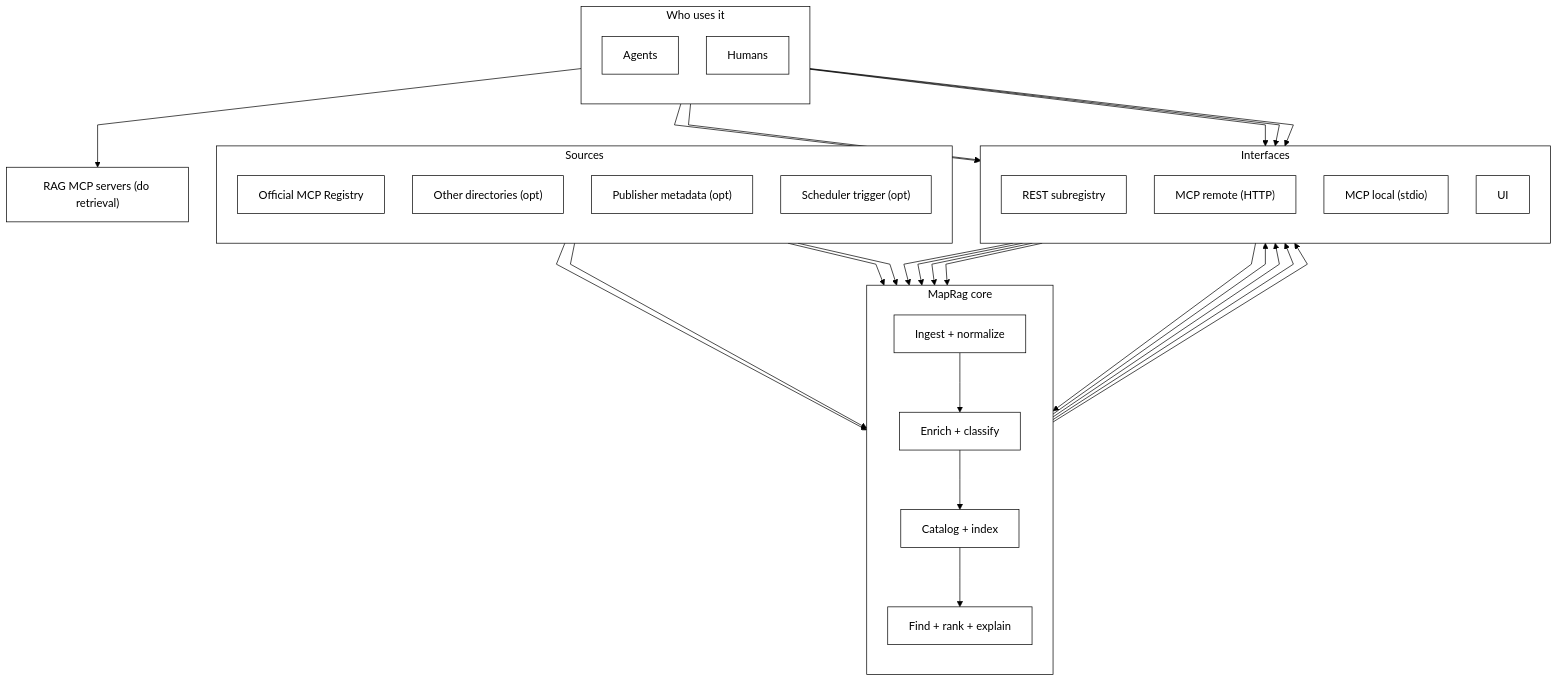
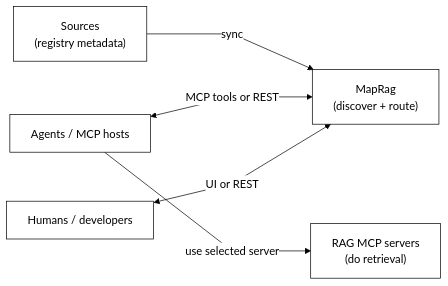
One commit to khalidsaidi/ragmap changed the diagram in docs/diagrams/ragmap-architecture.mmd. Above: the diagram before and after it, drawn with Mermaid. The commit also changed 2 other files, not shown here.

Commit message:
Simplify concept diagram

```diff
--- a/docs/diagrams/ragmap-architecture.mmd
+++ b/docs/diagrams/ragmap-architecture.mmd
@@ -1,58 +1,16 @@
-%%{init: {"theme":"base","themeVariables":{"primaryColor":"#ffffff","primaryTextColor":"#000000","primaryBorderColor":"#000000","lineColor":"#000000","secondaryColor":"#ffffff","tertiaryColor":"#ffffff","clusterBkg":"#ffffff","clusterBorder":"#000000","edgeLabelBackground":"#ffffff"},"flowchart":{"curve":"linear","nodeSpacing":40,"rankSpacing":60}}}%%
-flowchart TD
+%%{init: {"theme":"base","themeVariables":{"primaryColor":"#ffffff","primaryTextColor":"#000000","primaryBorderColor":"#000000","lineColor":"#000000","secondaryColor":"#ffffff","tertiaryColor":"#ffffff","clusterBkg":"#ffffff","clusterBorder":"#000000","edgeLabelBackground":"#ffffff"},"flowchart":{"curve":"linear","nodeSpacing":70,"rankSpacing":90}}}%%
+flowchart LR
   %% Concept-only diagram (no deployment, framework, or datastore details)
 
-  subgraph S["Sources"]
-    direction TB
-    Upstream["Official MCP Registry"]:::mono
-    Other["Other directories (opt)"]:::mono
-    Publisher["Publisher metadata (opt)"]:::mono
-    Scheduler["Scheduler trigger (opt)"]:::mono
-  end
+  classDef mono fill:#ffffff,stroke:#000000,color:#000000,stroke-width:1px;
 
-  subgraph C["MapRag core"]
-    direction TB
-    Ingest["Ingest + normalize"]:::mono
-    Enrich["Enrich + classify"]:::mono
-    Index["Catalog + index"]:::mono
-    Find["Find + rank + explain"]:::mono
-    Ingest --> Enrich --> Index --> Find
-  end
+  Sources["Sources\n(registry metadata)"]:::mono
+  MapRag["MapRag\n(discover + route)"]:::mono
+  Agents["Agents / MCP hosts"]:::mono
+  Humans["Humans / developers"]:::mono
+  Retrieval["RAG MCP servers\n(do retrieval)"]:::mono
 
-  subgraph I["Interfaces"]
-    direction TB
-    Rest["REST subregistry"]:::mono
-    McpRemote["MCP remote (HTTP)"]:::mono
-    McpLocal["MCP local (stdio)"]:::mono
-    UI["UI"]:::mono
-  end
-
-  subgraph U["Who uses it"]
-    direction TB
-    Agents["Agents"]:::mono
-    Humans["Humans"]:::mono
-  end
-
-  RagServers["RAG MCP servers (do retrieval)"]:::mono
-
-  %% Sync loop
-  Upstream --> Ingest
-  Other --> Ingest
-  Scheduler --> Ingest
-  Publisher --> Enrich
-
-  %% Query loop
-  Agents --> McpRemote --> Find
-  Agents --> McpLocal --> Find
-  Agents --> Rest --> Find
-  Humans --> UI --> Find
-  Humans --> Rest --> Find
-
-  %% Results
-  Find --> Rest
-  Find --> McpRemote
-  Find --> McpLocal
-  Find --> UI
-
-  %% Routing: MapRag returns connect info; agents connect to the chosen server(s).
-  Agents --> RagServers
+  Sources -->|sync| MapRag
+  Agents <-->|MCP tools or REST| MapRag
+  Humans <-->|UI or REST| MapRag
+  Agents -->|use selected server| Retrieval
```
